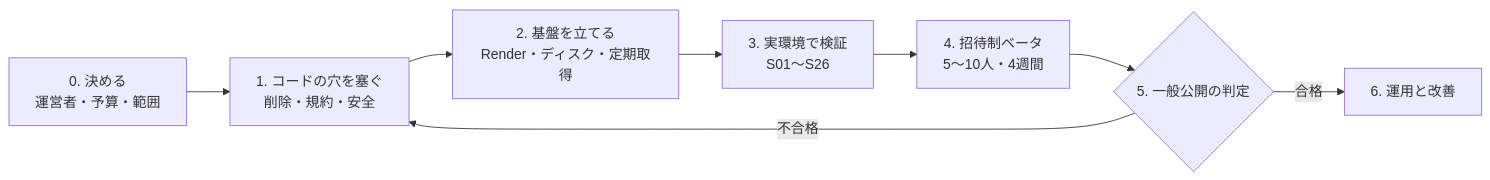
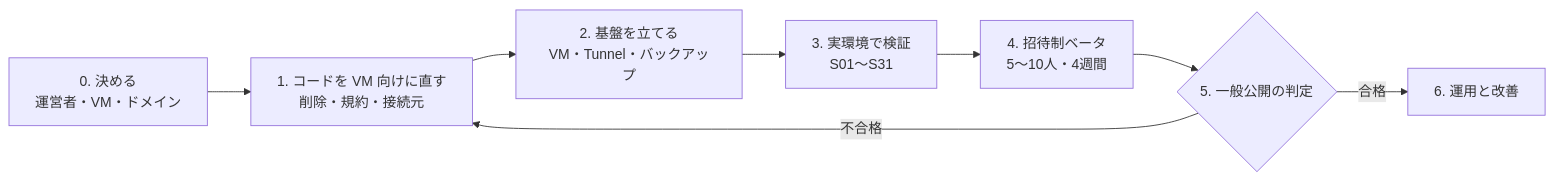
One commit to island-6848/taguri-demo changed the second of 2 diagrams in docs/service-roadmap.md. Above: the diagram before and after it, drawn with Mermaid. The commit also changed other lines of this file and 68 other files, not shown here.

````diff
--- a/docs/service-roadmap.md
+++ b/docs/service-roadmap.md
@@ -20,10 +55,10 @@
 ```mermaid
 flowchart LR
-  A[0. 決める<br>運営者・予算・範囲] --> B[1. コードの穴を塞ぐ<br>削除・規約・安全]
-  B --> C[2. 基盤を立てる<br>Render・ディスク・定期取得]
-  C --> D[3. 実環境で検証<br>S01〜S26]
+  A[0. 決める<br>運営者・VM・ドメイン] --> B[1. コードを VM 向けに直す<br>削除・規約・接続元]
+  B --> C[2. 基盤を立てる<br>VM・Tunnel・バックアップ]
+  C --> D[3. 実環境で検証<br>S01〜S31]
   D --> E[4. 招待制ベータ<br>5〜10人・4週間]
   E --> F{5. 一般公開の判定}
   F -- 合格 --> G[6. 運用と改善]
   F -- 不合格 --> B
 ```
````
